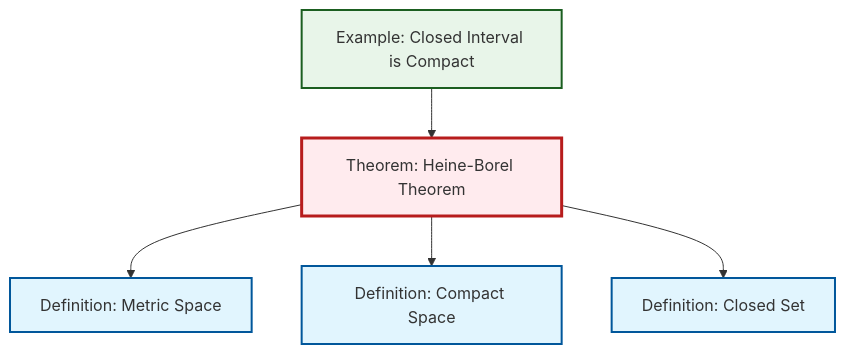
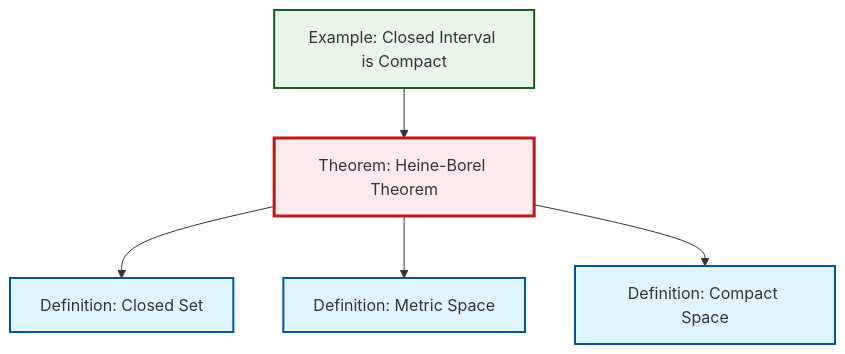
One commit to RK0429/ModernMath changed the diagram in content/ja/topology/thm-heine-borel.qmd. Above: the diagram before and after it, drawn with Mermaid. The commit also changed other lines of this file and 474 other files, not shown here.

````diff
--- a/content/ja/topology/thm-heine-borel.qmd
+++ b/content/ja/topology/thm-heine-borel.qmd
@@ -49,23 +49,23 @@
 ```{mermaid}
 %%| fig-cap: "Local dependency graph"
 graph TD
     classDef definition fill:#e1f5fe,stroke:#01579b,stroke-width:2px
     classDef theorem fill:#f3e5f5,stroke:#4a148c,stroke-width:2px
     classDef axiom fill:#fff3e0,stroke:#e65100,stroke-width:2px
     classDef example fill:#e8f5e9,stroke:#1b5e20,stroke-width:2px
     classDef current fill:#ffebee,stroke:#b71c1c,stroke-width:3px
+    ex-closed-interval-compact["Example: Closed Interval is Compact"]:::example
+    thm-heine-borel["Theorem: Heine-Borel Theorem"]:::theorem
+    def-metric-space["Definition: Metric Space"]:::definition
     def-closed-set["Definition: Closed Set"]:::definition
-    ex-closed-interval-compact["Example: Closed Interval is Compact"]:::example
-    def-metric-space["Definition: Metric Space"]:::definition
-    thm-heine-borel["Theorem: Heine-Borel Theorem"]:::theorem
     def-compact["Definition: Compact Space"]:::definition
+    thm-heine-borel --> def-closed-set
+    thm-heine-borel --> def-metric-space
     ex-closed-interval-compact --> thm-heine-borel
-    thm-heine-borel --> def-metric-space
     thm-heine-borel --> def-compact
-    thm-heine-borel --> def-closed-set
     class thm-heine-borel current
-    click def-closed-set "def-closed-set.html" "Definition: Closed Setへ"
     click ex-closed-interval-compact "ex-closed-interval-compact.html" "Example: Closed Interval is Compactへ"
     click def-metric-space "def-metric-space.html" "Definition: Metric Spaceへ"
+    click def-closed-set "def-closed-set.html" "Definition: Closed Setへ"
     click def-compact "def-compact.html" "Definition: Compact Spaceへ"
 ```
````
